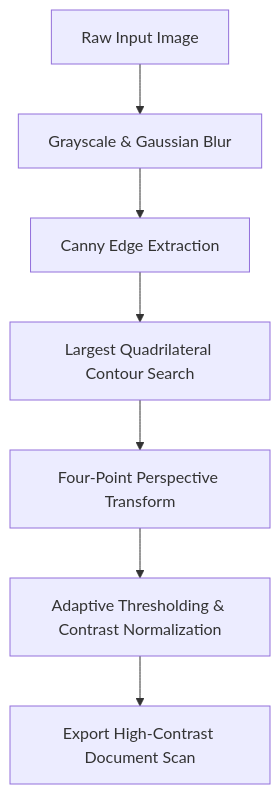
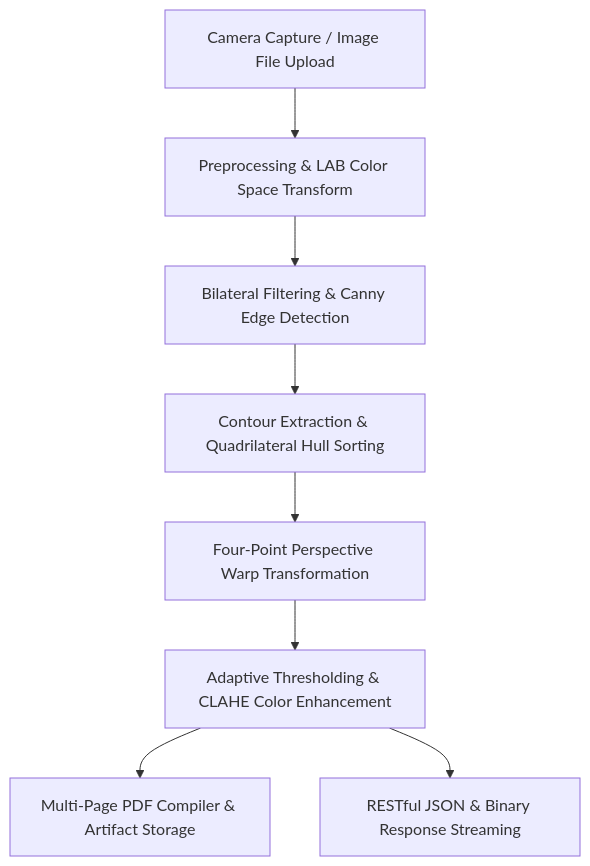
Before and after one commit to sohailahmed-bsrh/document-scanner-project: the diagram in README.md, drawn with Mermaid. The commit also changed other lines of this file, not shown here.

Commit message:
docs: deploy visual showcase README with screenshot galleries and architecture specifications

````diff
--- a/README.md
+++ b/README.md
@@ -30,9 +58,10 @@
 ```mermaid
 flowchart TD
-    Capture[Raw Input Image] --> Gray[Grayscale & Gaussian Blur]
-    Gray --> Edge[Canny Edge Extraction]
-    Edge --> Contour[Largest Quadrilateral Contour Search]
-    Contour --> Homography[Four-Point Perspective Transform]
-    Homography --> Threshold[Adaptive Thresholding & Contrast Normalization]
-    Threshold --> Output[Export High-Contrast Document Scan]
+    A[Camera Capture / Image File Upload] --> B[Preprocessing & LAB Color Space Transform]
+    B --> C[Bilateral Filtering & Canny Edge Detection]
+    C --> D[Contour Extraction & Quadrilateral Hull Sorting]
+    D --> E[Four-Point Perspective Warp Transformation]
+    E --> F[Adaptive Thresholding & CLAHE Color Enhancement]
+    F --> G[Multi-Page PDF Compiler & Artifact Storage]
+    F --> H[RESTful JSON & Binary Response Streaming]
 ```
````
